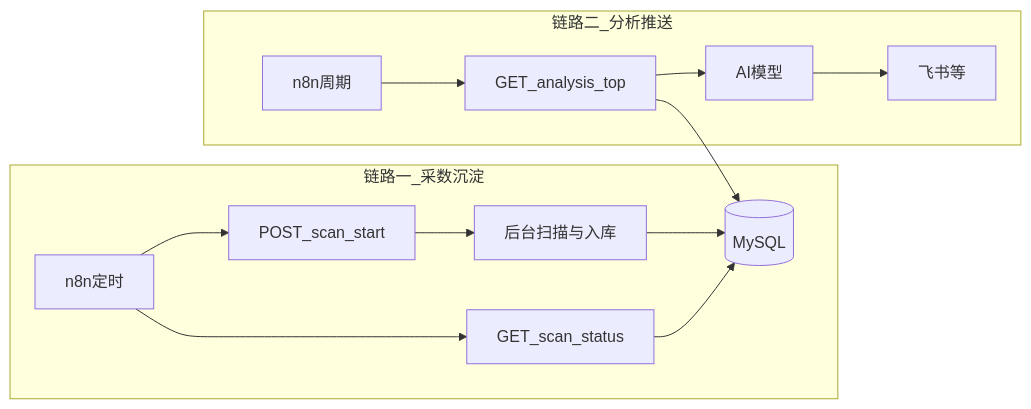
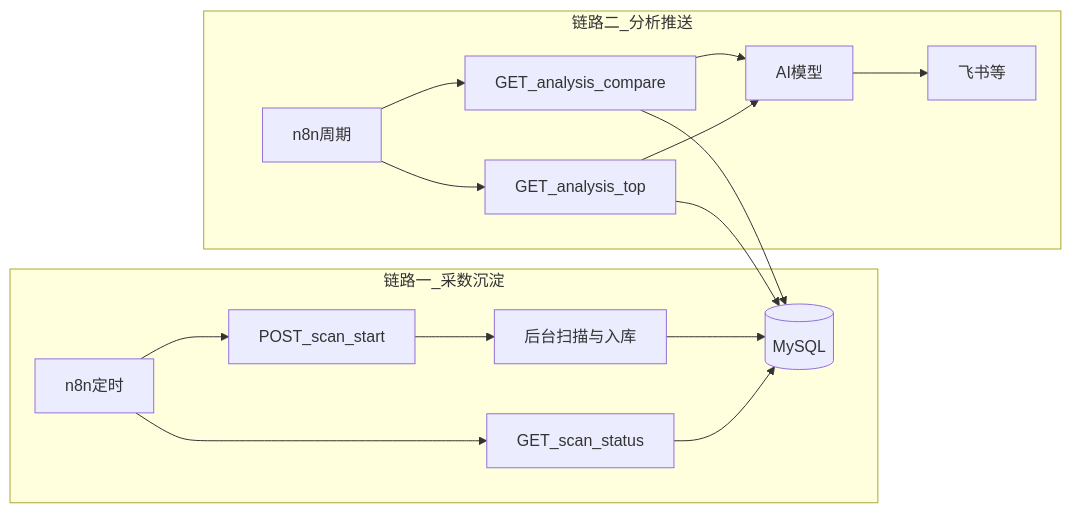
One commit to Suvalor/AsoOpportunities changed the diagram in aso-service/README.md. Above: the diagram before and after it, drawn with Mermaid. The commit also changed other lines of this file and 3 other files, not shown here.

````diff
--- a/aso-service/README.md
+++ b/aso-service/README.md
@@ -27,25 +27,29 @@
 ```mermaid
 flowchart LR
   subgraph scanFlow [链路一_采数沉淀]
     n8nScan[n8n定时]
     postStart["POST_scan_start"]
     worker[后台扫描与入库]
     getStatus["GET_scan_status"]
     db[(MySQL)]
     n8nScan --> postStart
     postStart --> worker
     worker --> db
     n8nScan --> getStatus
     getStatus --> db
   end
   subgraph analysisFlow [链路二_分析推送]
     n8nPull[n8n周期]
+    getCmp["GET_analysis_compare"]
     getTop["GET_analysis_top"]
     aiNode[AI模型]
     notify[飞书等]
+    n8nPull --> getCmp
     n8nPull --> getTop
+    getCmp --> db
     getTop --> db
+    getCmp --> aiNode
     getTop --> aiNode
     aiNode --> notify
   end
 ```
````
